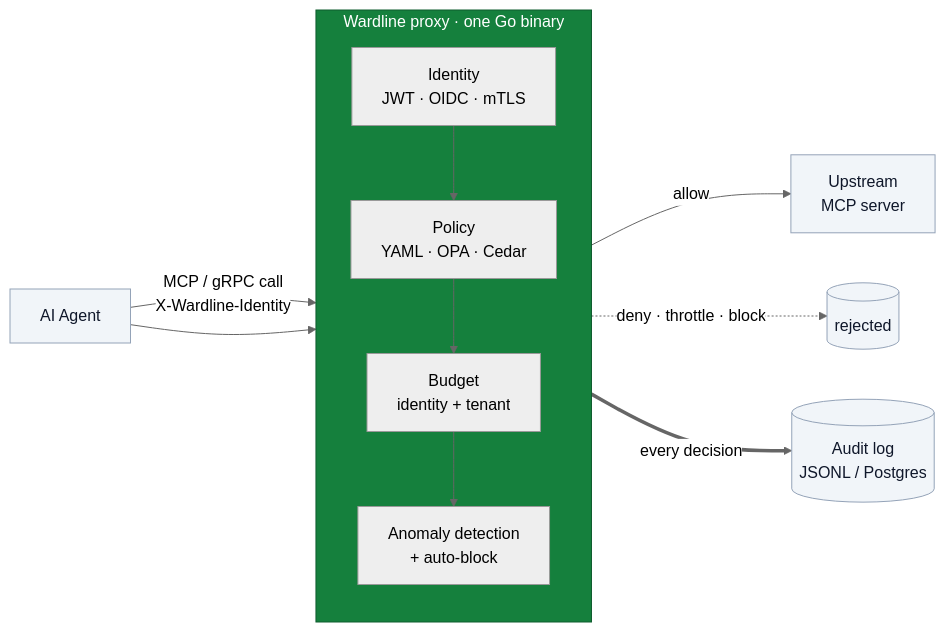
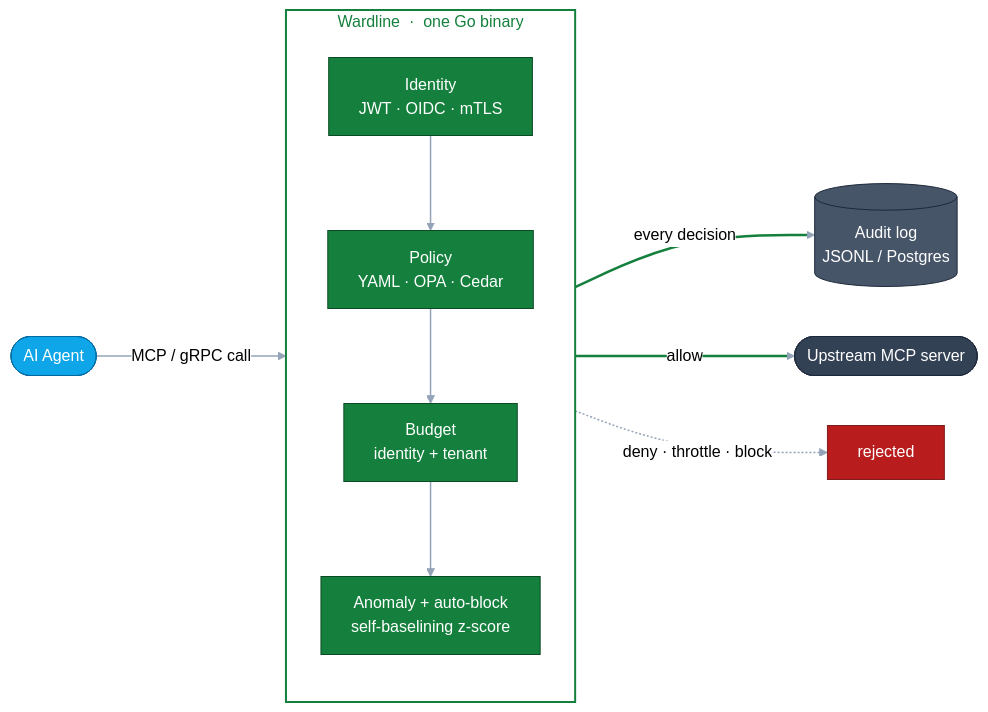
The diagram in README.md (kabirnarang39/wardline), drawn with Mermaid (neutral theme) before and after one commit.

Commit message:
docs: refine mermaid diagram styling — brand palette, no emoji, GitHub-safe syntax

````diff
--- a/README.md
+++ b/README.md
@@ -43,21 +43,37 @@
 ```mermaid
+%%{init: {"flowchart": {"curve": "basis", "nodeSpacing": 50, "rankSpacing": 70}}}%%
 flowchart LR
-    A[AI Agent] -->|"MCP / gRPC call<br/>X-Wardline-Identity"| W
+    A(["AI Agent"])
 
-    subgraph W["Wardline proxy · one Go binary"]
+    subgraph W ["Wardline &nbsp;·&nbsp; one Go binary"]
         direction TB
-        I[Identity<br/>JWT · OIDC · mTLS] --> P[Policy<br/>YAML · OPA · Cedar]
-        P --> B[Budget<br/>identity + tenant]
-        B --> D[Anomaly detection<br/>+ auto-block]
+        I["Identity<br/>JWT · OIDC · mTLS"]
+        P["Policy<br/>YAML · OPA · Cedar"]
+        B["Budget<br/>identity + tenant"]
+        D["Anomaly + auto-block<br/>self-baselining z-score"]
+        I --> P --> B --> D
     end
 
-    A --> W
-    W -->|allow| U[Upstream<br/>MCP server]
-    W -.->|deny · throttle · block| X[(rejected)]
-    W ==>|every decision| L[(Audit log<br/>JSONL / Postgres)]
+    A -->|"MCP / gRPC call"| W
+    W ==>|"allow"| U(["Upstream MCP server"])
+    W -.->|"deny · throttle · block"| X["rejected"]
+    D ==>|"every decision"| L[("Audit log<br/>JSONL / Postgres")]
 
-    classDef ward fill:#15803D,stroke:#0f5c2e,color:#ffffff;
-    classDef edge fill:#f1f5f9,stroke:#94a3b8,color:#0f172a;
-    class W ward;
-    class A,U,X,L edge;
+    classDef agent fill:#0EA5E9,stroke:#0369A1,color:#ffffff;
+    classDef stage fill:#15803D,stroke:#0B4A24,color:#ffffff;
+    classDef up fill:#334155,stroke:#1E293B,color:#ffffff;
+    classDef bad fill:#B91C1C,stroke:#7F1D1D,color:#ffffff;
+    classDef store fill:#475569,stroke:#1E293B,color:#ffffff;
+
+    class A agent;
+    class I,P,B,D stage;
+    class U up;
+    class X bad;
+    class L store;
+
+    style W fill:none,stroke:#15803D,stroke-width:2px,color:#15803D;
+
+    linkStyle default stroke:#94A3B8,stroke-width:1.5px;
+    linkStyle 4 stroke:#15803D,stroke-width:2.5px;
+    linkStyle 6 stroke:#15803D,stroke-width:2.5px;
 ```
````
